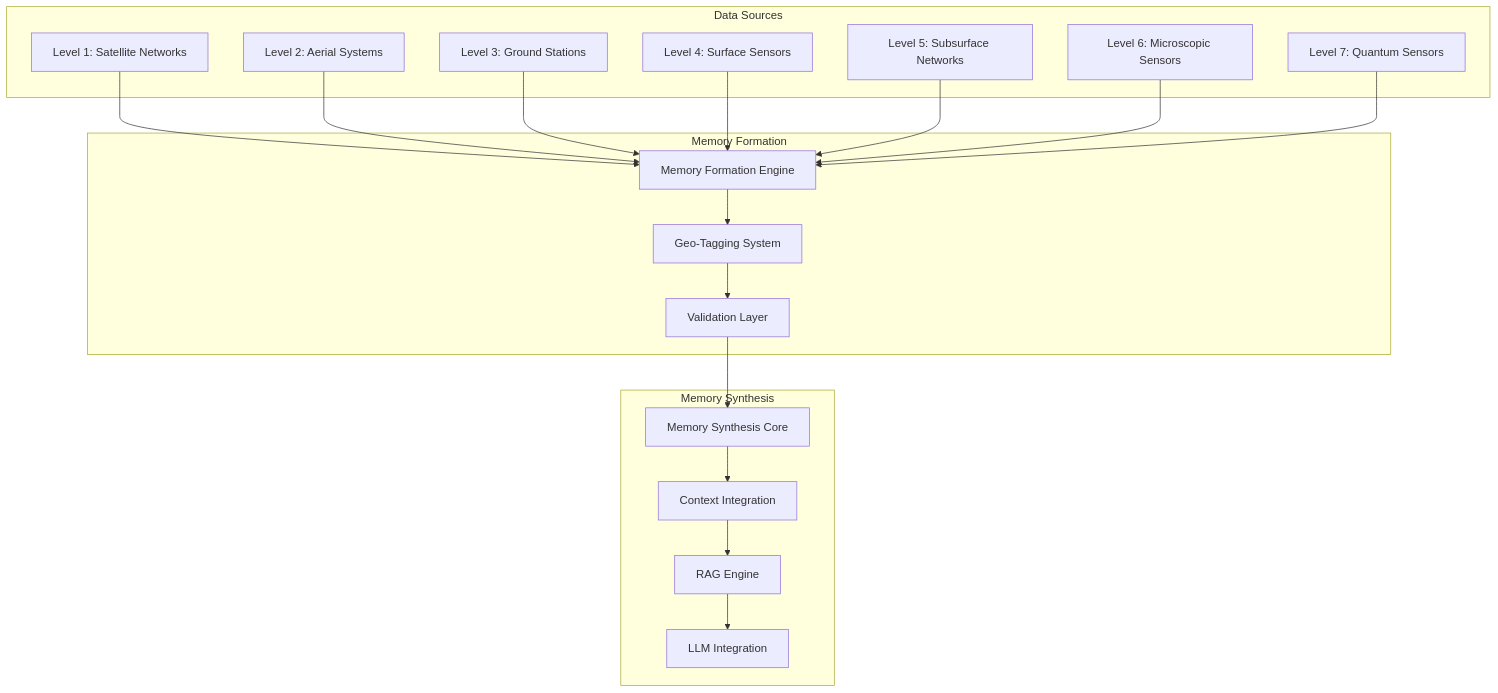
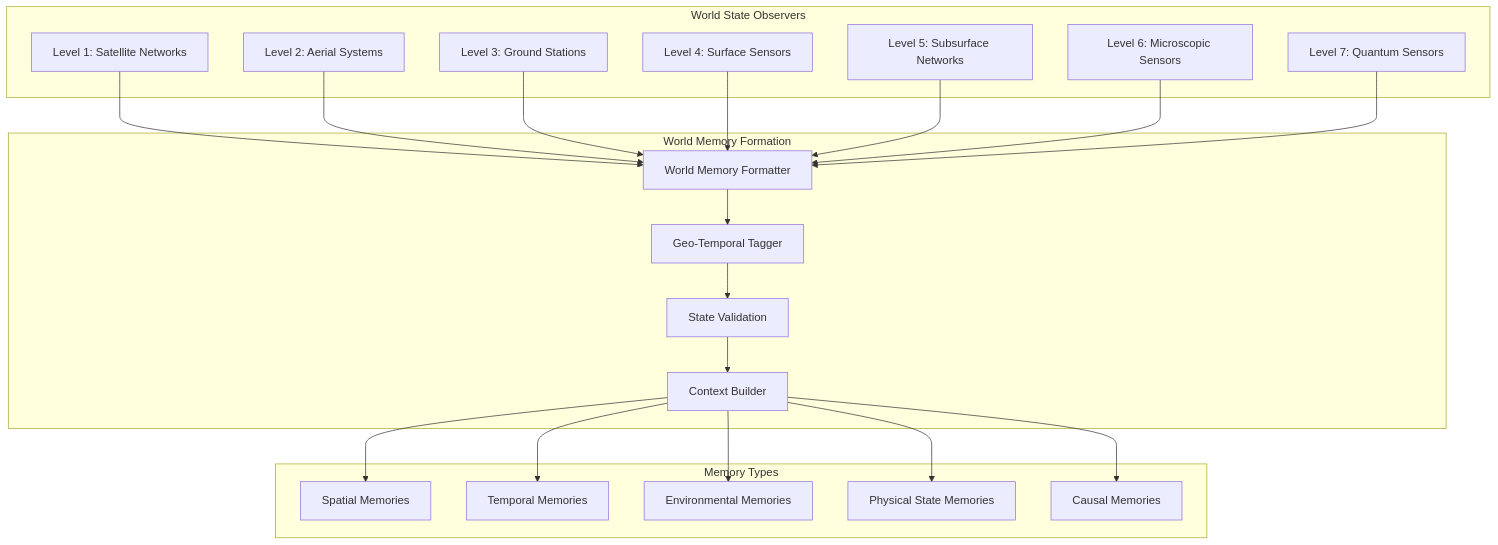
The first of 3 diagrams in docs/core-concepts/overview.md (Vortx-AI/synthetic-satellite), drawn with Mermaid before and after one commit. The commit also changed other lines of this file, not shown here.

````diff
--- a/docs/core-concepts/overview.md
+++ b/docs/core-concepts/overview.md
@@ -13,32 +13,31 @@
 ```mermaid
 graph TD
-    subgraph "Data Sources"
+    subgraph "World State Observers"
         L1[Level 1: Satellite Networks]
         L2[Level 2: Aerial Systems]
         L3[Level 3: Ground Stations]
         L4[Level 4: Surface Sensors]
         L5[Level 5: Subsurface Networks]
         L6[Level 6: Microscopic Sensors]
         L7[Level 7: Quantum Sensors]
     end
 
-    subgraph "Memory Formation"
-        MF[Memory Formation Engine]
-        GEO[Geo-Tagging System]
-        VAL[Validation Layer]
+    subgraph "World Memory Formation"
+        WMF[World Memory Formatter]
+        GEO[Geo-Temporal Tagger]
+        VAL[State Validation]
+        CTX[Context Builder]
     end
 
-    subgraph "Memory Synthesis"
-        MS[Memory Synthesis Core]
-        CTX[Context Integration]
-        RAG[RAG Engine]
-        LLM[LLM Integration]
+    subgraph "Memory Types"
+        SM[Spatial Memories]
+        TM[Temporal Memories]
+        EM[Environmental Memories]
+        PM[Physical State Memories]
+        CM[Causal Memories]
     end
 
-    L1 & L2 & L3 & L4 & L5 & L6 & L7 --> MF
-    MF --> GEO --> VAL
-    VAL --> MS
-    MS --> CTX
-    CTX --> RAG
-    RAG --> LLM
+    L1 & L2 & L3 & L4 & L5 & L6 & L7 --> WMF
+    WMF --> GEO --> VAL --> CTX
+    CTX --> SM & TM & EM & PM & CM
 ```
````
